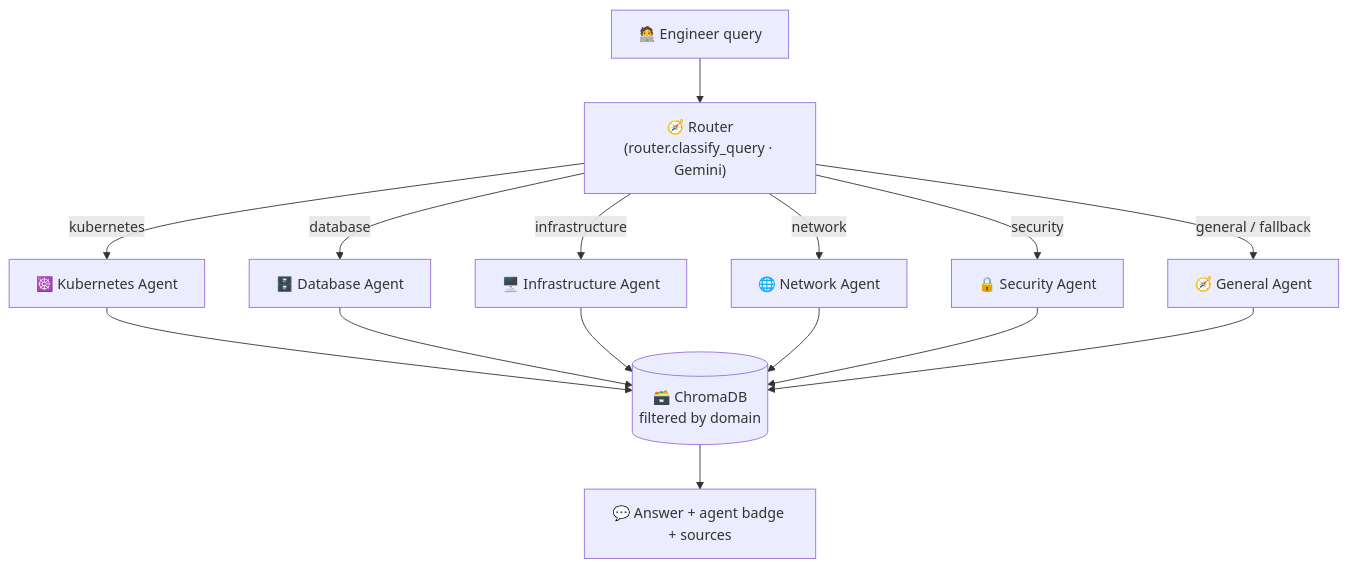
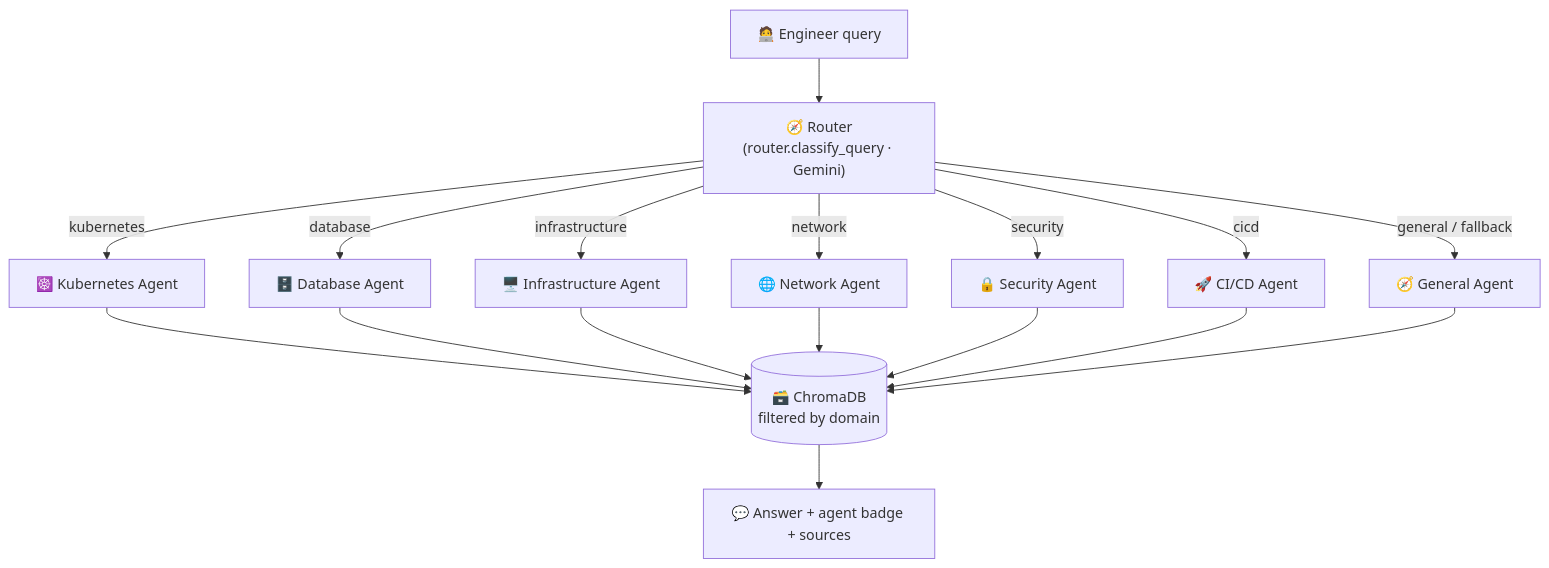
One commit to sarveshkb21/aiops-incident-response-assistant changed the diagram in README.md. Above: the diagram before and after it, drawn with Mermaid. The commit also changed other lines of this file and 20 other files, not shown here.

````diff
--- a/README.md
+++ b/README.md
@@ -38,12 +38,13 @@
 ```mermaid
 flowchart TD
     Q["🧑‍💻 Engineer query"] --> R["🧭 Router<br/>(router.classify_query · Gemini)"]
     R -->|kubernetes| K["☸️ Kubernetes Agent"]
     R -->|database| D["🗄️ Database Agent"]
     R -->|infrastructure| I["🖥️ Infrastructure Agent"]
     R -->|network| N["🌐 Network Agent"]
     R -->|security| S["🔒 Security Agent"]
+    R -->|cicd| P["🚀 CI/CD Agent"]
     R -->|general / fallback| G["🧭 General Agent"]
-    K & D & I & N & S & G --> C[("🗃️ ChromaDB<br/>filtered by domain")]
+    K & D & I & N & S & P & G --> C[("🗃️ ChromaDB<br/>filtered by domain")]
     C --> A["💬 Answer + agent badge + sources"]
 ```
````
